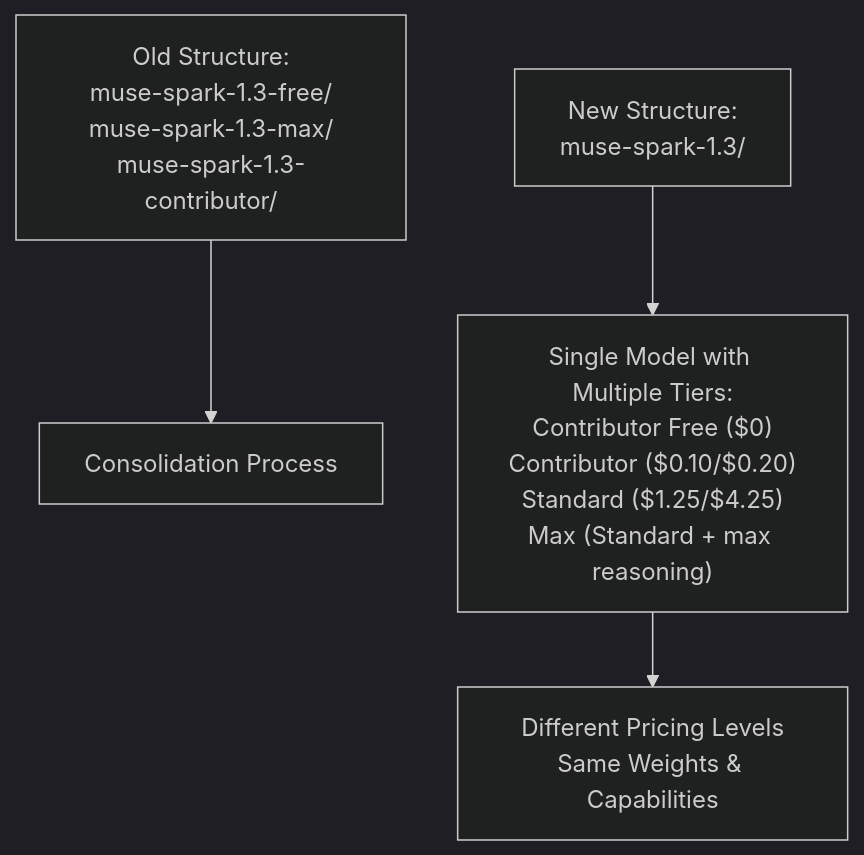
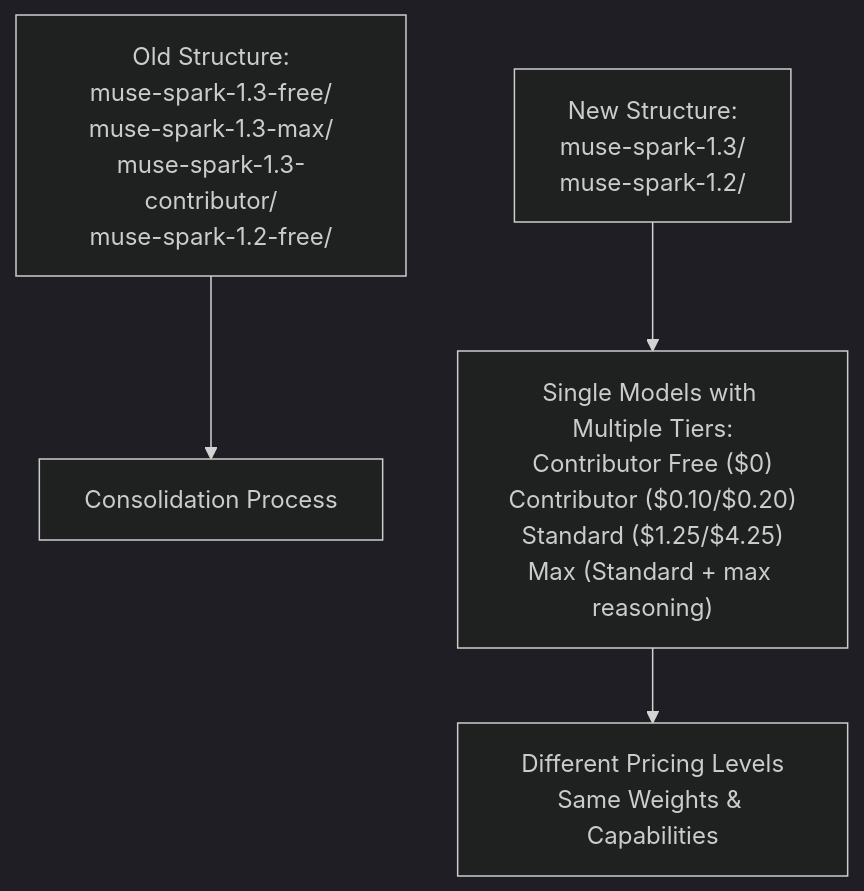
Before and after one commit to delirium-dj/modelcomp: the fifth of 10 diagrams in .qoder/repowiki/en/content/Model Research & Evaluation/Model Research & Evaluation.md, drawn with Mermaid (dark theme). The commit also changed other lines of this file and 24 other files, not shown here.

````diff
--- a/.qoder/repowiki/en/content/Model Research & Evaluation/Model Research & Evaluation.md
+++ b/.qoder/repowiki/en/content/Model Research & Evaluation/Model Research & Evaluation.md
@@ -267,6 +269,6 @@
 ```mermaid
 flowchart TD
-OldStructure["Old Structure:<br/>muse-spark-1.3-free/<br/>muse-spark-1.3-max/<br/>muse-spark-1.3-contributor/"] --> Consolidation["Consolidation Process"]
-NewStructure["New Structure:<br/>muse-spark-1.3/"] --> Tiers["Single Model with Multiple Tiers:<br/>Contributor Free ($0)<br/>Contributor ($0.10/$0.20)<br/>Standard ($1.25/$4.25)<br/>Max (Standard + max reasoning)"]
+OldStructure["Old Structure:<br/>muse-spark-1.3-free/<br/>muse-spark-1.3-max/<br/>muse-spark-1.3-contributor/<br/>muse-spark-1.2-free/"] --> Consolidation["Consolidation Process"]
+NewStructure["New Structure:<br/>muse-spark-1.3/<br/>muse-spark-1.2/"] --> Tiers["Single Models with Multiple Tiers:<br/>Contributor Free ($0)<br/>Contributor ($0.10/$0.20)<br/>Standard ($1.25/$4.25)<br/>Max (Standard + max reasoning)"]
 Tiers --> Pricing["Different Pricing Levels<br/>Same Weights & Capabilities"]
 ```
````
